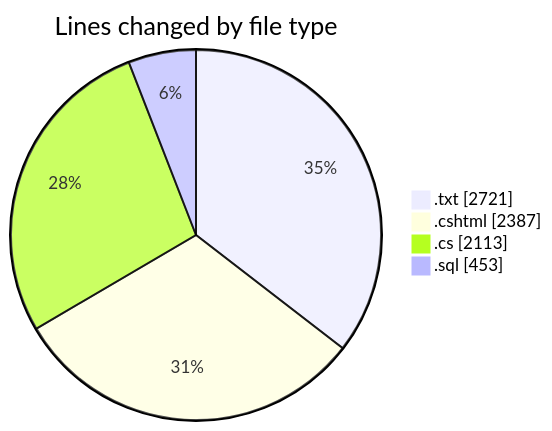
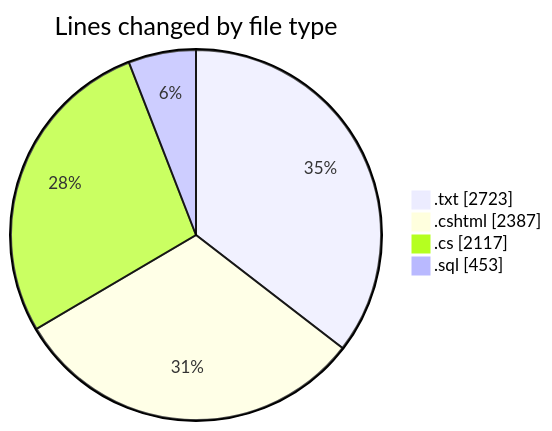
One commit to lephambinh05/code-tracking changed the first of 2 diagrams in 2025-07-25/quanlyrapchieuphim-1/README.md. Above: the diagram before and after it, drawn with Mermaid. The commit also changed other lines of this file and 1 other file, not shown here.

````diff
--- a/2025-07-25/quanlyrapchieuphim-1/README.md
+++ b/2025-07-25/quanlyrapchieuphim-1/README.md
@@ -40,8 +40,8 @@
 ```mermaid
 pie showData
 title Lines changed by file type
-".txt" : 2721
+".txt" : 2723
 ".cshtml" : 2387
-".cs" : 2113
+".cs" : 2117
 ".sql" : 453
 ```
````
